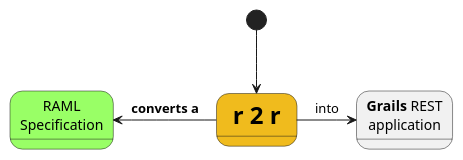
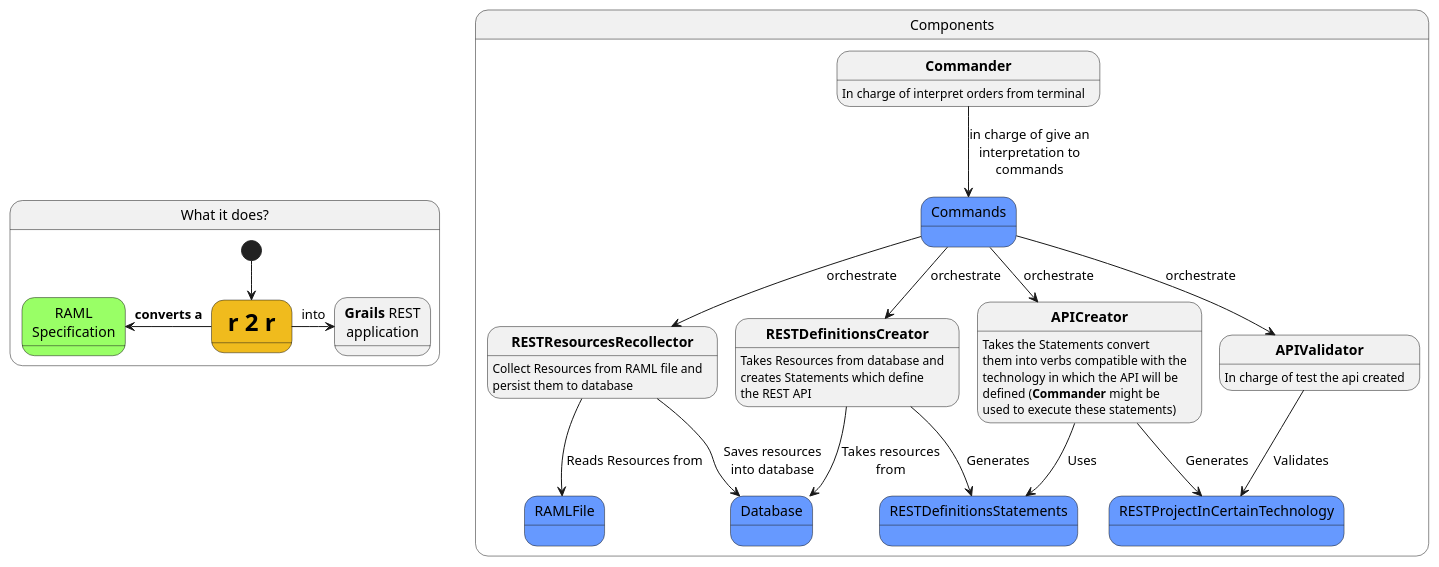
The diagram in documentation/whatitdoes.puml (jorgwel/r2r), drawn with PlantUML before and after one commit. The commit also changed 1 other file, not shown here.

```diff
--- a/documentation/whatitdoes.puml
+++ b/documentation/whatitdoes.puml
@@ -1,30 +1,63 @@
 @startuml
 
 skinparam state {
   BackgroundColor<<MasAmarillo>> #F0BB1D
   Backgroundcolor<<MasAzul>> #6699ff
   Backgroundcolor<<MasVerde>> #99ff66
   Backgroundcolor<<MasRosa>> #ff6699
   
 }
-
+state whatIdDoes as "What it does?" {
     [*] --> r2r
     r2r -right-> GrailsApplication: into
 '    r2r -down-> LocalAPIInstance: this
     r2r -left-> RAMLDiagram: <b>converts a</b>
 
 '    Dredd -up-> RAMLDiagram: <b>uses</b>
 '   Dredd -up-> LocalAPIInstance: tests
 '  Dredd -up-> GrailsApplication: tests
 
 '    r2r -> Dredd
     
     state r2r as "<b><size:24> r 2 r </size></b>" <<MasAmarillo>>
 '    state GrailsApplication as "REST <b>Grails</b>, Rails,\nDjango application"
     state GrailsApplication as "<b>Grails</b> REST\napplication"
     
 '    state LocalAPIInstance as "Local API\ninstance" <<MasRosa>>
     state RAMLDiagram as "RAML\nSpecification" <<MasVerde>>
 '    state Dredd as "Dredd"  <<MasAzul>>
+}
+
+
+state components as "Components" {
+      state RAMLFile <<MasAzul>>
+      state Commands <<MasAzul>> 
+      state Database <<MasAzul>>
+      state RESTDefinitionsStatements <<MasAzul>> 
+      state RESTProjectInCertainTechnology <<MasAzul>>
+
+      
+      state Commander as "<b>Commander</b>": In charge of interpret orders from terminal
+      state RESTResourcesRecollector as  "<b>RESTResourcesRecollector</b>": Collect Resources from RAML file and\npersist them to database
+      state RESTDefinitionsCreator as "<b>RESTDefinitionsCreator</b>": Takes Resources from database and\ncreates Statements which define\nthe REST API
+      state APICreator as "<b>APICreator</b>": Takes the Statements convert\nthem into verbs compatible with the\ntechnology in which the API will be\ndefined (<b>Commander</b> might be\nused to execute these statements)
+      state APIValidator As "<b>APIValidator</b>": In charge of test the api created
+
+      Commands --> RESTResourcesRecollector: orchestrate
+      Commands --> RESTDefinitionsCreator: orchestrate
+      Commands --> APICreator: orchestrate
+      Commands --> APIValidator: orchestrate
+
+      Commander --> Commands : in charge of give an\ninterpretation to\ncommands
+      RESTResourcesRecollector --> RAMLFile: Reads Resources from
+      RESTResourcesRecollector --> Database: Saves resources\ninto database
+      RESTDefinitionsCreator --> Database: Takes resources\nfrom
+      RESTDefinitionsCreator --> RESTDefinitionsStatements: Generates
+      APICreator --> RESTDefinitionsStatements: Uses
+      APICreator --> RESTProjectInCertainTechnology: Generates
+      APIValidator --> RESTProjectInCertainTechnology: Validates
+
+
+}
 
 @enduml
```
